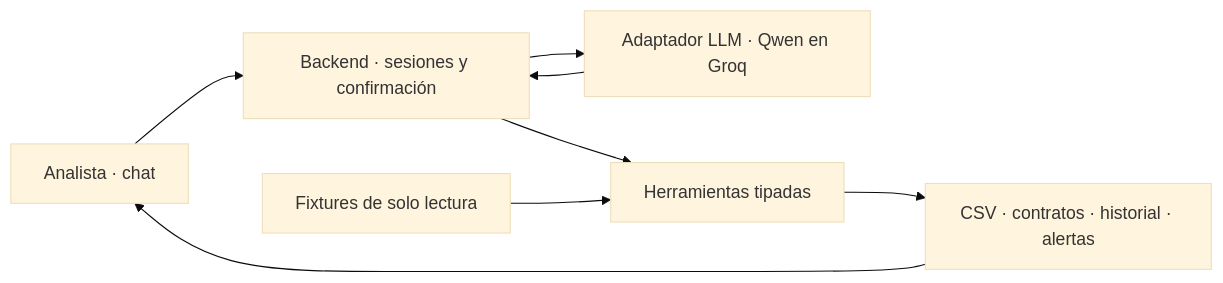
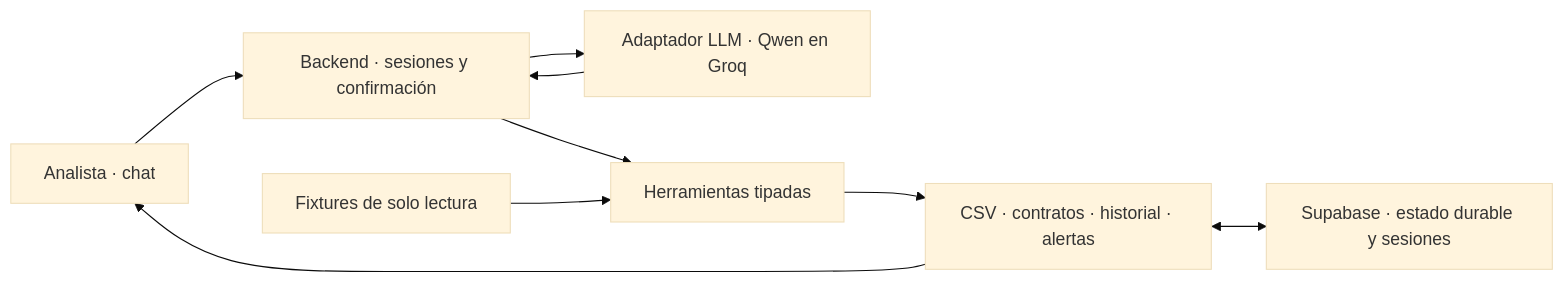
One commit to marcossere-maker/reto-contratos-ia changed the diagram in SOLUCION.md. Above: the diagram before and after it, drawn with Mermaid (base theme). The commit also changed other lines of this file and 20 other files, not shown here.

````diff
--- a/SOLUCION.md
+++ b/SOLUCION.md
@@ -9,10 +11,11 @@
 ```mermaid
 flowchart LR
   U[Analista · chat] --> B[Backend · sesiones y confirmación]
   B --> A[Adaptador LLM · Qwen en Groq]
   A --> B
   B --> T[Herramientas tipadas]
   F[Fixtures de solo lectura] --> T
   T --> O[CSV · contratos · historial · alertas]
   O --> U
+  O <--> P[Supabase · estado durable y sesiones]
 ```
````
